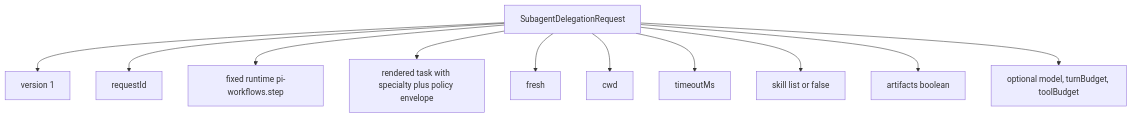
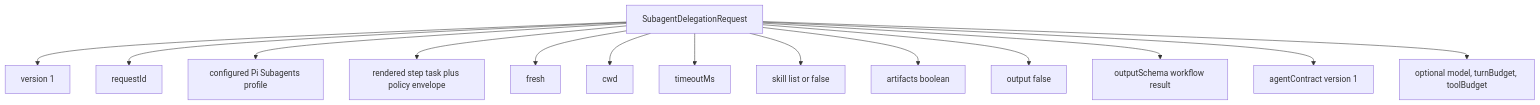
Before and after one commit to wichayutdew/pi-workflows: the second of 6 diagrams in openwiki/integrations/subagents.md, drawn with Mermaid. The commit also changed other lines of this file and 42 other files, not shown here.

````diff
--- a/openwiki/integrations/subagents.md
+++ b/openwiki/integrations/subagents.md
@@ -36,13 +37,16 @@
 ```mermaid
 flowchart TD
   Request[SubagentDelegationRequest] --> Version[version 1]
   Request --> Id[requestId]
-  Request --> Agent[fixed runtime pi-workflows.step]
-  Request --> Task[rendered task with specialty plus policy envelope]
+  Request --> Agent[configured Pi Subagents profile]
+  Request --> Task[rendered step task plus policy envelope]
   Request --> Context[fresh]
   Request --> Cwd[cwd]
   Request --> Timeout[timeoutMs]
   Request --> Skills[skill list or false]
   Request --> Artifacts[artifacts boolean]
+  Request --> Output[output false]
+  Request --> Schema[outputSchema workflow result]
+  Request --> Contract[agentContract version 1]
   Request --> Optional[optional model, turnBudget, toolBudget]
 ```
````
